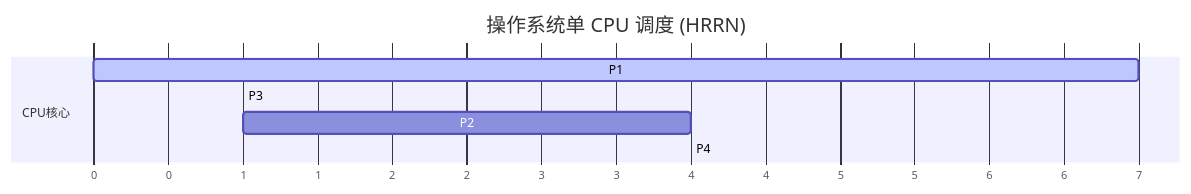
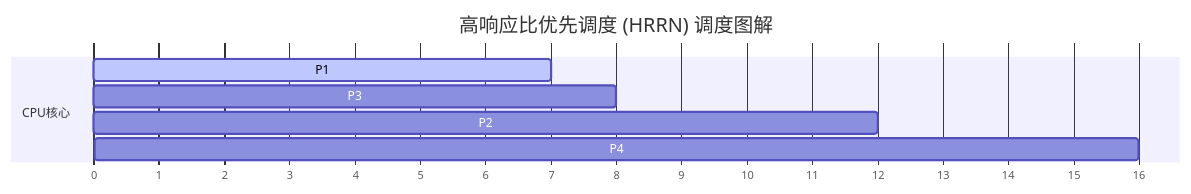
The first of 3 diagrams in 进程调度.md (Mo1008/OS), drawn with Mermaid before and after one commit. The commit also changed other lines of this file, not shown here.

Commit message:
vault backup: 2026-04-16 20:57:39

````diff
--- a/进程调度.md
+++ b/进程调度.md
@@ -23,12 +23,12 @@
 ```mermaid
 gantt 
-	title 操作系统单 CPU 调度 (HRRN) 
+	title 高响应比优先调度 (HRRN) 调度图解
 	dateFormat X 
 	axisFormat %s 
 	
 	section CPU核心 
-	P1 :active, p1, 0, 7 
-	P3 :p3, after p1, 1 
-	P2 :p2, after p3, 4 
-	P4 :p4, after p2, 4
+	P1 :active, 0, 7 
+	P3 : 7, 8 
+	P2 : 8, 12 
+	P4 : 12, 16
 ```
````
